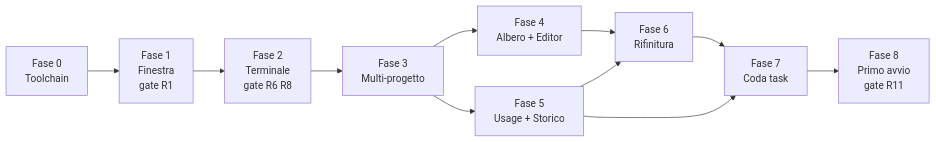
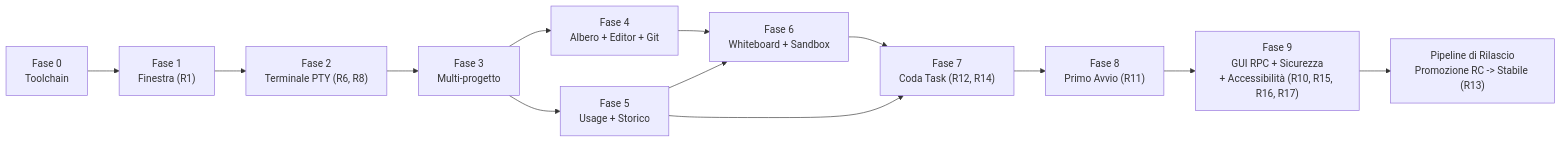
Before and after one commit to Bodyes26/OMP-Studio: the diagram in docs/PLAN.md, drawn with Mermaid. The commit also changed other lines of this file and 60 other files, not shown here.

First line of the commit message:
fix(hardening): sicurezza updater/sandbox, accessibilita WCAG AA, smoke test e pipeline di rilascio

````diff
--- a/docs/PLAN.md
+++ b/docs/PLAN.md
@@ -353,13 +140,15 @@
 ```mermaid
 graph LR
-  F0["Fase 0<br/>Toolchain"] --> F1["Fase 1<br/>Finestra<br/>gate R1"]
-  F1 --> F2["Fase 2<br/>Terminale<br/>gate R6 R8"]
+  F0["Fase 0<br/>Toolchain"] --> F1["Fase 1<br/>Finestra (R1)"]
+  F1 --> F2["Fase 2<br/>Terminale PTY (R6, R8)"]
   F2 --> F3["Fase 3<br/>Multi-progetto"]
-  F3 --> F4["Fase 4<br/>Albero + Editor"]
+  F3 --> F4["Fase 4<br/>Albero + Editor + Git"]
   F3 --> F5["Fase 5<br/>Usage + Storico"]
-  F4 --> F6["Fase 6<br/>Rifinitura"]
+  F4 --> F6["Fase 6<br/>Whiteboard + Sandbox"]
   F5 --> F6
-  F5 --> F7["Fase 7<br/>Coda task"]
+  F5 --> F7["Fase 7<br/>Coda Task (R12, R14)"]
   F6 --> F7
-  F7 --> F8["Fase 8<br/>Primo avvio<br/>gate R11"]
+  F7 --> F8["Fase 8<br/>Primo Avvio (R11)"]
+  F8 --> F9["Fase 9<br/>GUI RPC + Sicurezza<br/>+ Accessibilità (R10, R15, R16, R17)"]
+  F9 --> REL["Pipeline di Rilascio<br/>Promozione RC -> Stabile (R13)"]
 ```
````
